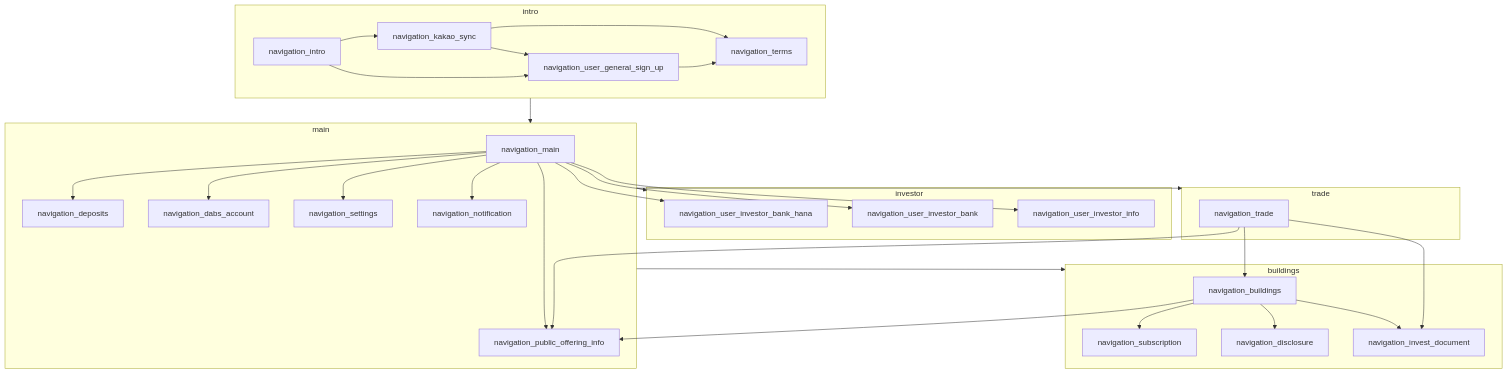
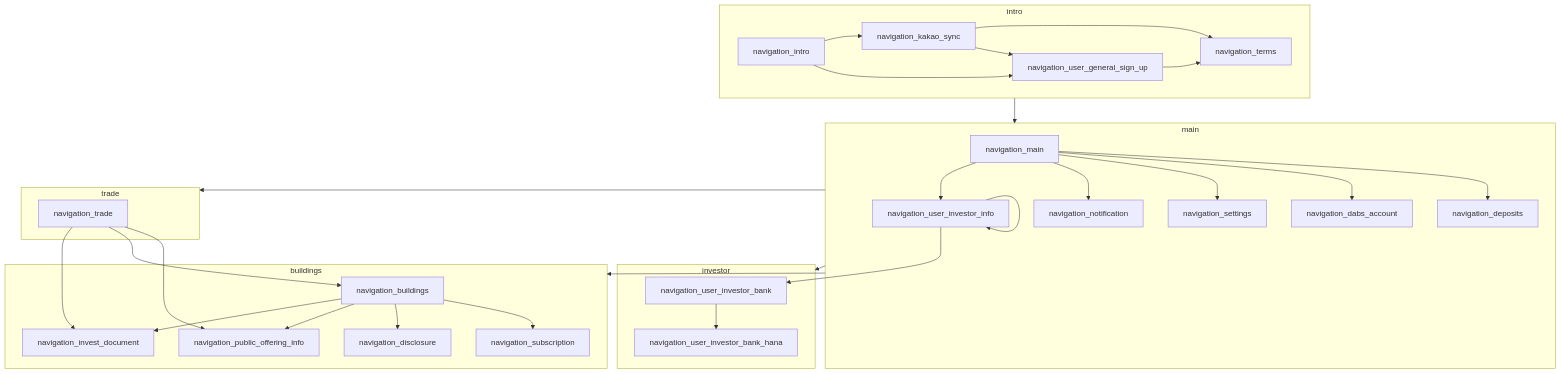
One commit to code-bross/flow-chart-sample changed the diagram in mermaid/navigation.mermaid. Above: the diagram before and after it, drawn with Mermaid.

```diff
--- a/mermaid/navigation.mermaid
+++ b/mermaid/navigation.mermaid
@@ -1,35 +1,35 @@
 flowchart TB
     subgraph intro
         navigation_intro-->navigation_kakao_sync;
         navigation_intro-->navigation_user_general_sign_up;
         navigation_kakao_sync-->navigation_terms;
         navigation_kakao_sync-->navigation_user_general_sign_up;
         navigation_user_general_sign_up-->navigation_terms;
     end
     subgraph main
         navigation_main-->navigation_deposits;
         navigation_main-->navigation_dabs_account;
         navigation_main-->navigation_settings;
         navigation_main-->navigation_notification;
-        navigation_main-->navigation_public_offering_info;
+        navigation_main-->navigation_user_investor_info;
     end
     subgraph investor
-        navigation_main-->navigation_user_investor_bank_hana;
-        navigation_main-->navigation_user_investor_bank;
-        navigation_main-->navigation_user_investor_info;
+        navigation_user_investor_info-->navigation_user_investor_info;
+        navigation_user_investor_info-->navigation_user_investor_bank;
+        navigation_user_investor_bank-->navigation_user_investor_bank_hana;
     end
     subgraph buildings
         navigation_buildings-->navigation_subscription;
         navigation_buildings-->navigation_disclosure;
         navigation_buildings-->navigation_public_offering_info;
         navigation_buildings-->navigation_invest_document;
     end
     subgraph trade
-        navigation_trade-->navigation_public_offering_info
-        navigation_trade-->navigation_buildings
-        navigation_trade-->navigation_invest_document
+        navigation_trade-->navigation_public_offering_info;
+        navigation_trade-->navigation_buildings;
+        navigation_trade-->navigation_invest_document;
     end
     intro --> main;
     main --> investor;
     main --> buildings;
     main --> trade;
```
